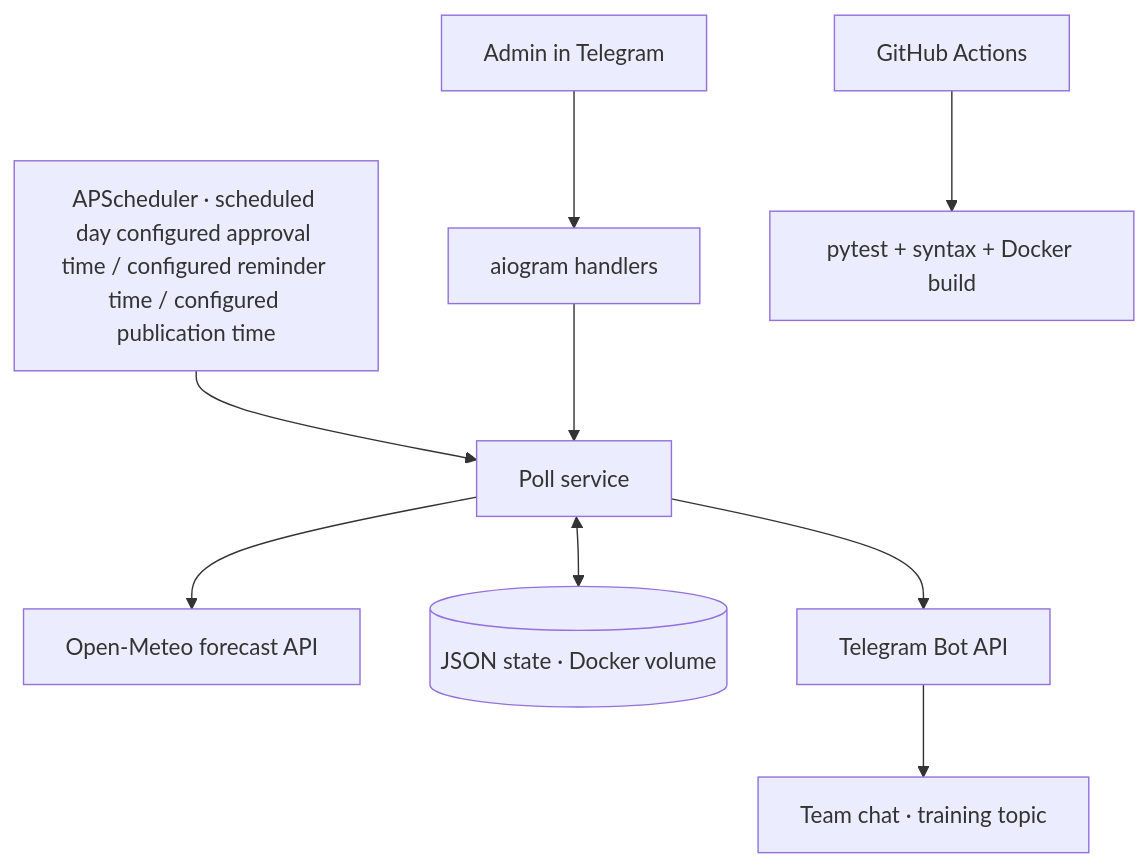
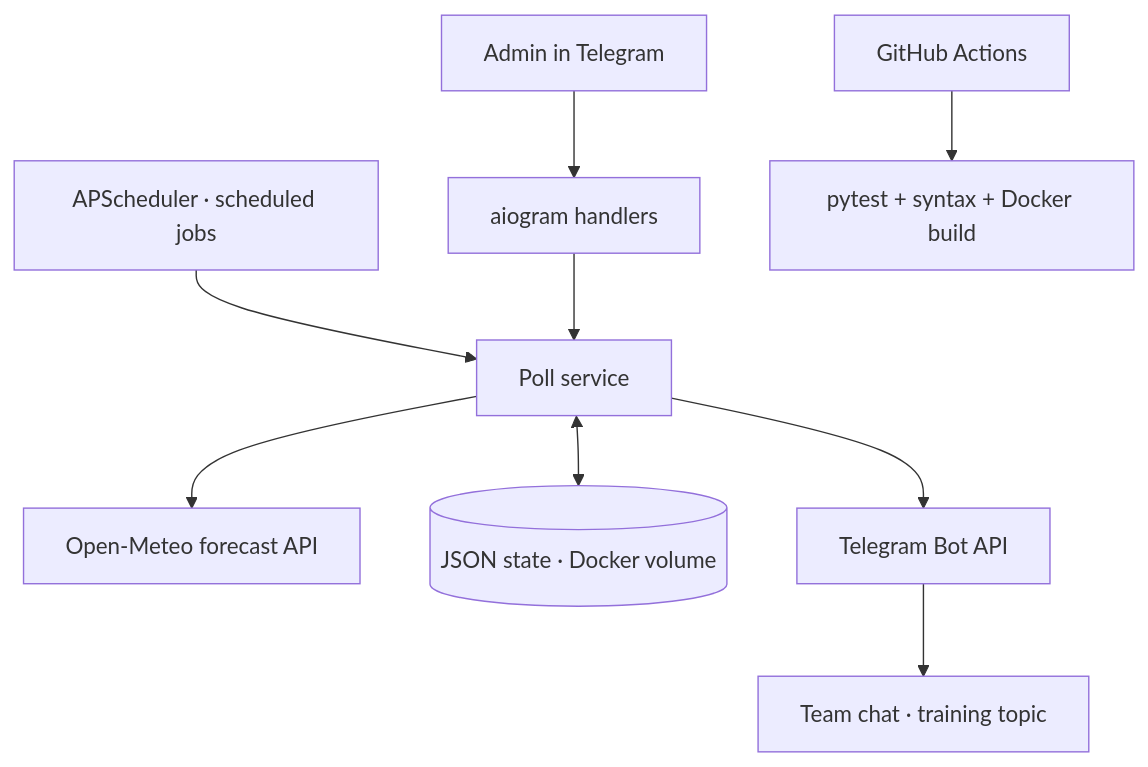
The first of 2 diagrams in README.md (cherninilyaigorevich-ui/weekly-poll-bot), drawn with Mermaid before and after one commit. The commit also changed other lines of this file, not shown here.

````diff
--- a/README.md
+++ b/README.md
@@ -27,11 +26,11 @@
 ```mermaid
 flowchart TD
     A["Admin in Telegram"] --> B["aiogram handlers"]
-    S["APScheduler · scheduled day configured approval time / configured reminder time / configured publication time"] --> P["Poll service"]
+    S["APScheduler · scheduled jobs"] --> P["Poll service"]
     B --> P
     P --> W["Open-Meteo forecast API"]
     P <--> D[("JSON state · Docker volume")]
     P --> T["Telegram Bot API"]
     T --> G["Team chat · training topic"]
     C["GitHub Actions"] --> Q["pytest + syntax + Docker build"]
 ```
````
